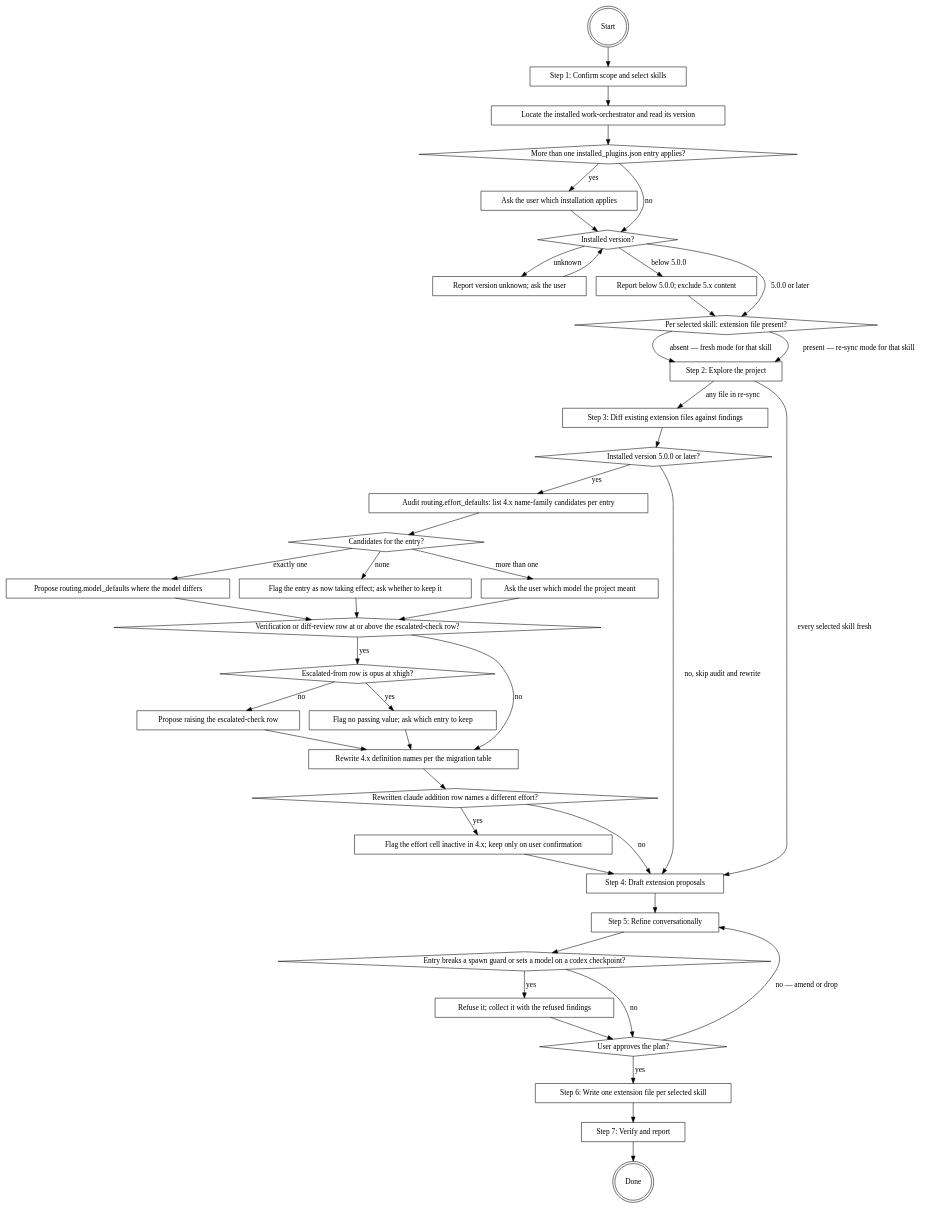
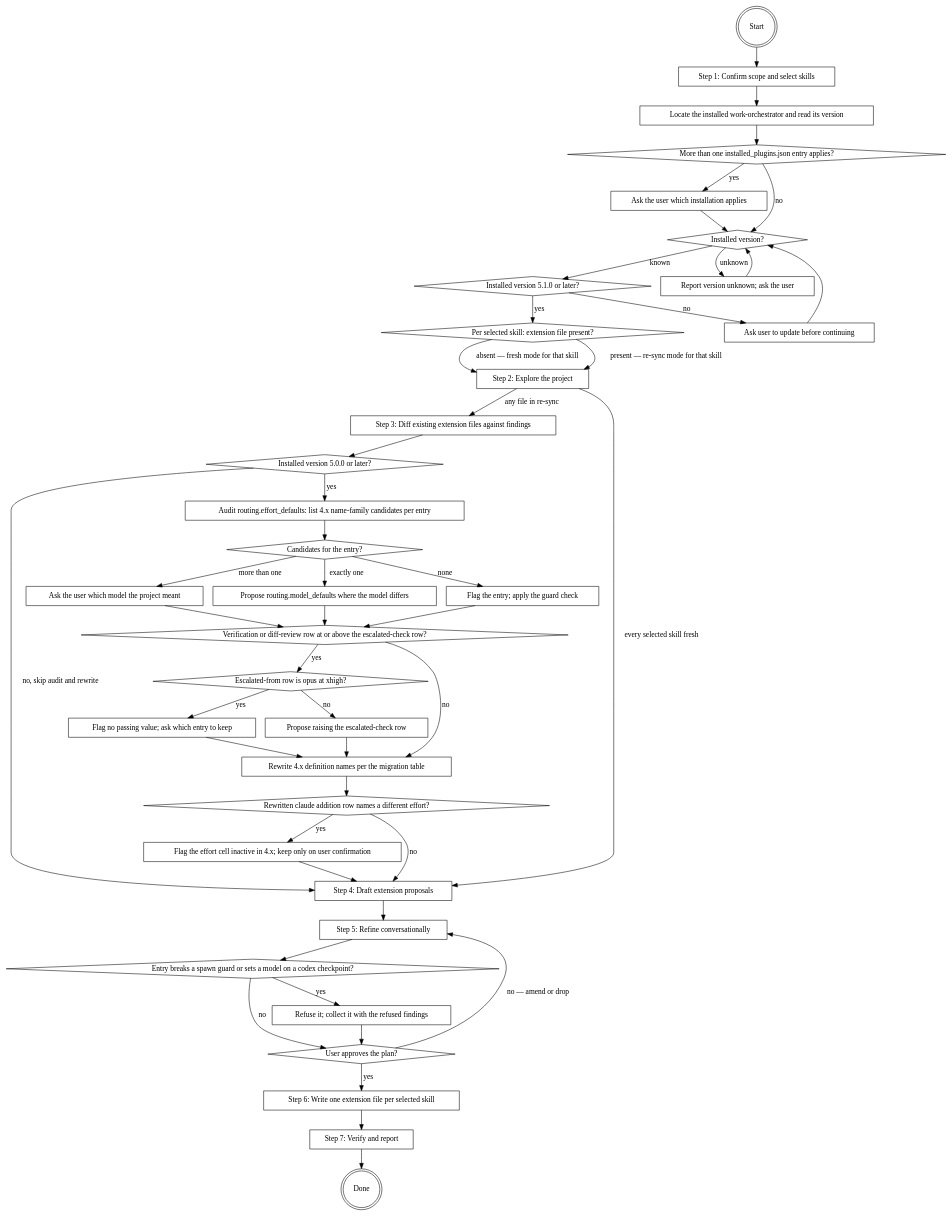
The diagram in plugins/work-orchestrator-extension-setup/skills/setting-up-work-orchestrator-extension/SKILL.md (it-bens/ai-tools), drawn with Graphviz before and after one commit. The commit also changed other lines of this file and 4 other files, not shown here.

````diff
--- a/plugins/work-orchestrator-extension-setup/skills/setting-up-work-orchestrator-extension/SKILL.md
+++ b/plugins/work-orchestrator-extension-setup/skills/setting-up-work-orchestrator-extension/SKILL.md
@@ -13,77 +13,79 @@
 ```dot
 digraph setting_up {
     "Start" [shape=doublecircle];
     "Step 1: Confirm scope and select skills" [shape=box];
     "Locate the installed work-orchestrator and read its version" [shape=box];
     "More than one installed_plugins.json entry applies?" [shape=diamond];
     "Ask the user which installation applies" [shape=box];
     "Installed version?" [shape=diamond];
+    "Installed version 5.1.0 or later?" [shape=diamond];
+    "Ask user to update before continuing" [shape=box];
     "Report version unknown; ask the user" [shape=box];
-    "Report below 5.0.0; exclude 5.x content" [shape=box];
     "Per selected skill: extension file present?" [shape=diamond];
     "Step 2: Explore the project" [shape=box];
     "Step 3: Diff existing extension files against findings" [shape=box];
     "Installed version 5.0.0 or later?" [shape=diamond];
     "Audit routing.effort_defaults: list 4.x name-family candidates per entry" [shape=box];
     "Candidates for the entry?" [shape=diamond];
     "Propose routing.model_defaults where the model differs" [shape=box];
-    "Flag the entry as now taking effect; ask whether to keep it" [shape=box];
+    "Flag the entry; apply the guard check" [shape=box];
     "Ask the user which model the project meant" [shape=box];
     "Verification or diff-review row at or above the escalated-check row?" [shape=diamond];
     "Escalated-from row is opus at xhigh?" [shape=diamond];
     "Propose raising the escalated-check row" [shape=box];
     "Flag no passing value; ask which entry to keep" [shape=box];
     "Rewrite 4.x definition names per the migration table" [shape=box];
     "Rewritten claude addition row names a different effort?" [shape=diamond];
     "Flag the effort cell inactive in 4.x; keep only on user confirmation" [shape=box];
     "Step 4: Draft extension proposals" [shape=box];
     "Step 5: Refine conversationally" [shape=box];
     "Entry breaks a spawn guard or sets a model on a codex checkpoint?" [shape=diamond];
     "Refuse it; collect it with the refused findings" [shape=box];
     "User approves the plan?" [shape=diamond];
     "Step 6: Write one extension file per selected skill" [shape=box];
     "Step 7: Verify and report" [shape=box];
     "Done" [shape=doublecircle];
 
     "Start" -> "Step 1: Confirm scope and select skills" -> "Locate the installed work-orchestrator and read its version" -> "More than one installed_plugins.json entry applies?";
     "More than one installed_plugins.json entry applies?" -> "Ask the user which installation applies" [label="yes"];
     "More than one installed_plugins.json entry applies?" -> "Installed version?" [label="no"];
     "Ask the user which installation applies" -> "Installed version?";
     "Installed version?" -> "Report version unknown; ask the user" [label="unknown"];
     "Report version unknown; ask the user" -> "Installed version?";
-    "Installed version?" -> "Report below 5.0.0; exclude 5.x content" [label="below 5.0.0"];
-    "Installed version?" -> "Per selected skill: extension file present?" [label="5.0.0 or later"];
-    "Report below 5.0.0; exclude 5.x content" -> "Per selected skill: extension file present?";
+    "Installed version?" -> "Installed version 5.1.0 or later?" [label="known"];
+    "Installed version 5.1.0 or later?" -> "Ask user to update before continuing" [label="no"];
+    "Ask user to update before continuing" -> "Installed version?";
+    "Installed version 5.1.0 or later?" -> "Per selected skill: extension file present?" [label="yes"];
     "Per selected skill: extension file present?" -> "Step 2: Explore the project" [label="absent — fresh mode for that skill"];
     "Per selected skill: extension file present?" -> "Step 2: Explore the project" [label="present — re-sync mode for that skill"];
     "Step 2: Explore the project" -> "Step 4: Draft extension proposals" [label="every selected skill fresh"];
     "Step 2: Explore the project" -> "Step 3: Diff existing extension files against findings" [label="any file in re-sync"];
     "Step 3: Diff existing extension files against findings" -> "Installed version 5.0.0 or later?";
     "Installed version 5.0.0 or later?" -> "Audit routing.effort_defaults: list 4.x name-family candidates per entry" [label="yes"];
     "Installed version 5.0.0 or later?" -> "Step 4: Draft extension proposals" [label="no, skip audit and rewrite"];
     "Audit routing.effort_defaults: list 4.x name-family candidates per entry" -> "Candidates for the entry?";
     "Candidates for the entry?" -> "Propose routing.model_defaults where the model differs" [label="exactly one"];
-    "Candidates for the entry?" -> "Flag the entry as now taking effect; ask whether to keep it" [label="none"];
+    "Candidates for the entry?" -> "Flag the entry; apply the guard check" [label="none"];
     "Candidates for the entry?" -> "Ask the user which model the project meant" [label="more than one"];
     "Propose routing.model_defaults where the model differs" -> "Verification or diff-review row at or above the escalated-check row?";
-    "Flag the entry as now taking effect; ask whether to keep it" -> "Verification or diff-review row at or above the escalated-check row?";
+    "Flag the entry; apply the guard check" -> "Verification or diff-review row at or above the escalated-check row?";
     "Ask the user which model the project meant" -> "Verification or diff-review row at or above the escalated-check row?";
     "Verification or diff-review row at or above the escalated-check row?" -> "Escalated-from row is opus at xhigh?" [label="yes"];
     "Verification or diff-review row at or above the escalated-check row?" -> "Rewrite 4.x definition names per the migration table" [label="no"];
     "Escalated-from row is opus at xhigh?" -> "Propose raising the escalated-check row" [label="no"];
     "Escalated-from row is opus at xhigh?" -> "Flag no passing value; ask which entry to keep" [label="yes"];
     "Propose raising the escalated-check row" -> "Rewrite 4.x definition names per the migration table";
     "Flag no passing value; ask which entry to keep" -> "Rewrite 4.x definition names per the migration table";
     "Rewrite 4.x definition names per the migration table" -> "Rewritten claude addition row names a different effort?";
     "Rewritten claude addition row names a different effort?" -> "Flag the effort cell inactive in 4.x; keep only on user confirmation" [label="yes"];
     "Rewritten claude addition row names a different effort?" -> "Step 4: Draft extension proposals" [label="no"];
     "Flag the effort cell inactive in 4.x; keep only on user confirmation" -> "Step 4: Draft extension proposals";
     "Step 4: Draft extension proposals" -> "Step 5: Refine conversationally" -> "Entry breaks a spawn guard or sets a model on a codex checkpoint?";
     "Entry breaks a spawn guard or sets a model on a codex checkpoint?" -> "Refuse it; collect it with the refused findings" [label="yes"];
     "Entry breaks a spawn guard or sets a model on a codex checkpoint?" -> "User approves the plan?" [label="no"];
     "Refuse it; collect it with the refused findings" -> "User approves the plan?";
     "User approves the plan?" -> "Step 5: Refine conversationally" [label="no — amend or drop"];
     "User approves the plan?" -> "Step 6: Write one extension file per selected skill" [label="yes"];
     "Step 6: Write one extension file per selected skill" -> "Step 7: Verify and report" -> "Done";
 }
 ```
````
